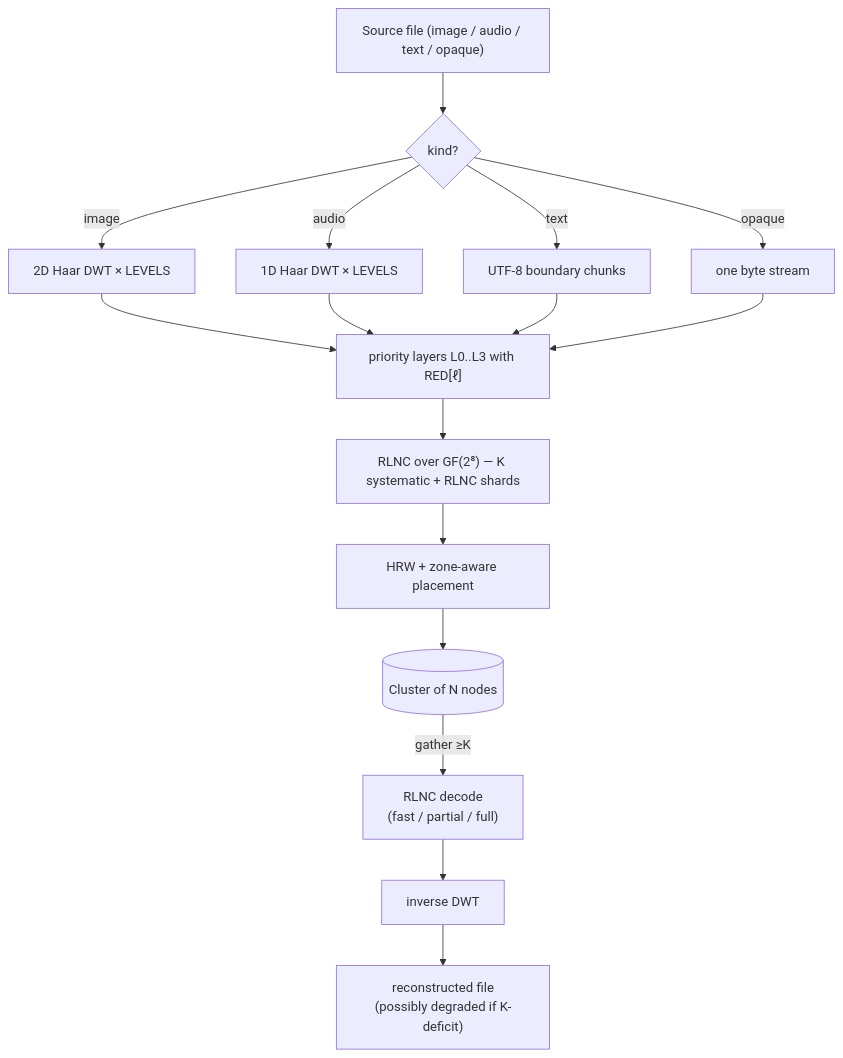
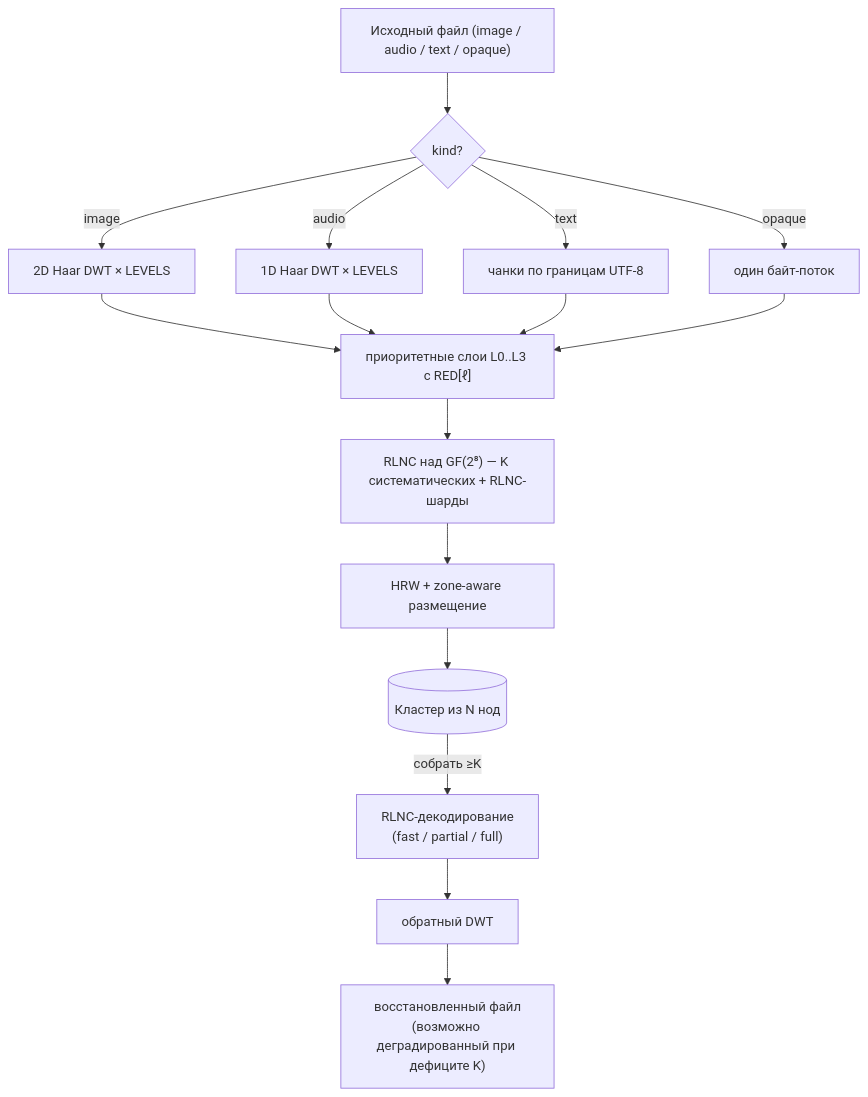
One commit to rmorenko/holofs changed the second of 2 diagrams in docs/ru/theory.md. Above: the diagram before and after it, drawn with Mermaid. The commit also changed other lines of this file and 3 other files, not shown here.

First line of the commit message:
docs: retranslate ru/{README,threat-model,architecture,theory}.md against 1.0.0 canon

````diff
--- a/docs/ru/theory.md
+++ b/docs/ru/theory.md
@@ -600,23 +612,23 @@
 ```mermaid
 flowchart TB
-    file["Source file (image / audio / text / opaque)"]
+    file["Исходный файл (image / audio / text / opaque)"]
     file --> kind{kind?}
 
     kind -->|image| dwt2["2D Haar DWT × LEVELS"]
     kind -->|audio| dwt1["1D Haar DWT × LEVELS"]
-    kind -->|text| chunks["UTF-8 boundary chunks"]
-    kind -->|opaque| onelayer["one byte stream"]
+    kind -->|text| chunks["чанки по границам UTF-8"]
+    kind -->|opaque| onelayer["один байт-поток"]
 
-    dwt2 --> layers["priority layers L0..L3 with RED[ℓ]"]
+    dwt2 --> layers["приоритетные слои L0..L3 с RED[ℓ]"]
     dwt1 --> layers
     chunks --> layers
     onelayer --> layers
 
-    layers --> rlnc["RLNC over GF(2⁸) — K systematic + RLNC shards"]
-    rlnc --> place["HRW + zone-aware placement"]
-    place --> nodes[("Cluster of N nodes")]
+    layers --> rlnc["RLNC над GF(2⁸) — K систематических + RLNC-шарды"]
+    rlnc --> place["HRW + zone-aware размещение"]
+    place --> nodes[("Кластер из N нод")]
 
-    nodes -->|gather ≥K| decode["RLNC decode<br/>(fast / partial / full)"]
-    decode --> idwt["inverse DWT"]
-    idwt --> out["reconstructed file<br/>(possibly degraded if K-deficit)"]
+    nodes -->|собрать ≥K| decode["RLNC-декодирование<br/>(fast / partial / full)"]
+    decode --> idwt["обратный DWT"]
+    idwt --> out["восстановленный файл<br/>(возможно деградированный при дефиците K)"]
 ```
````
